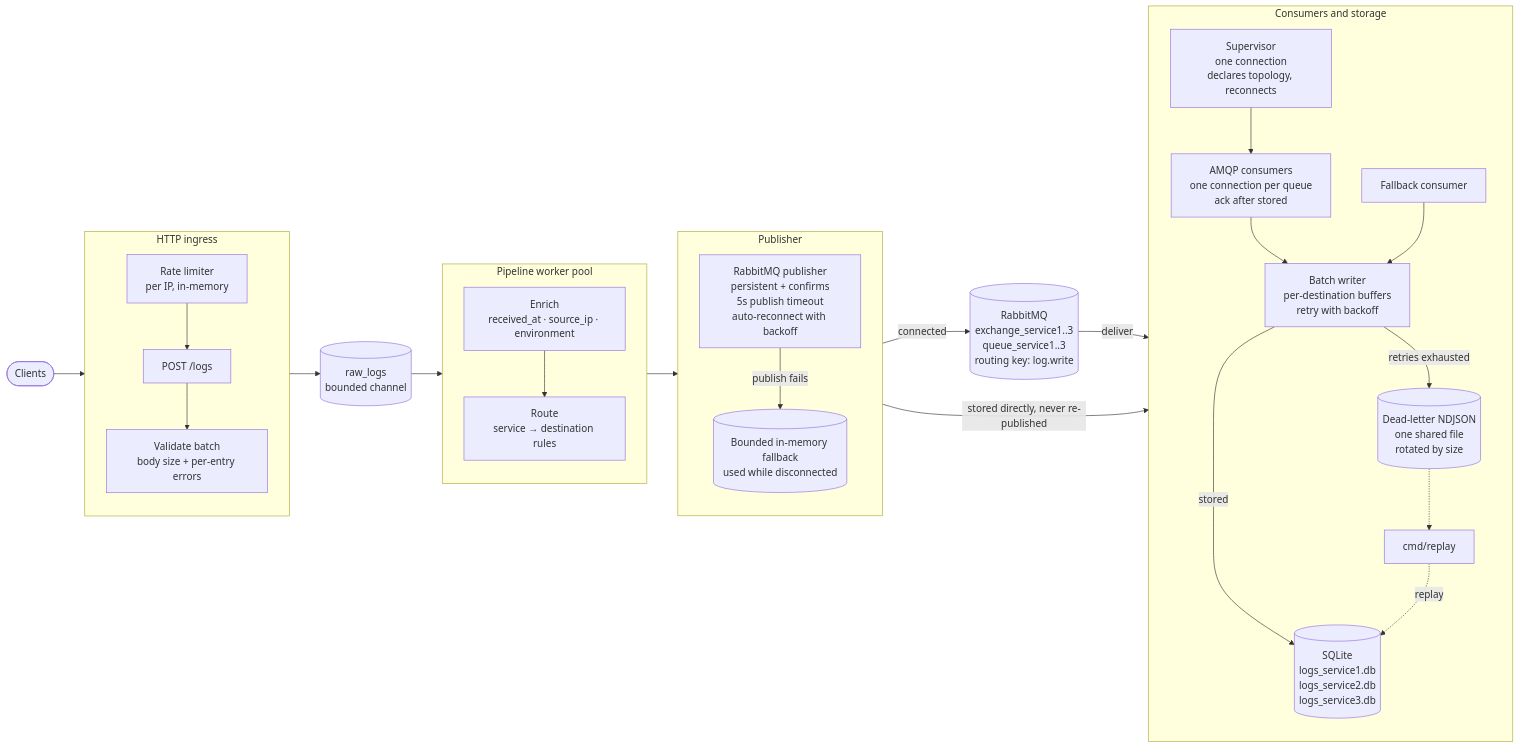
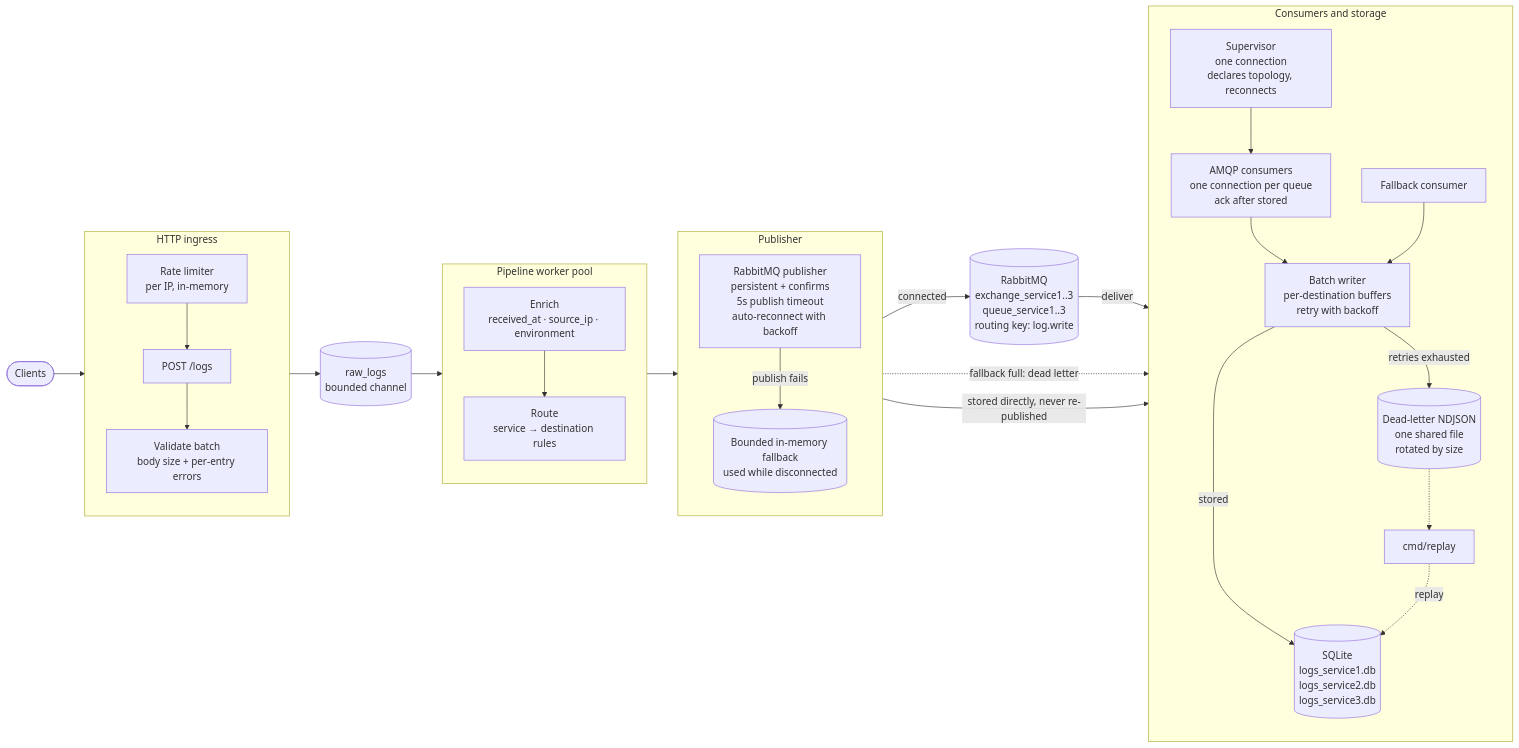
One commit to johneliud/log_ingestion_engine changed the diagram in internal/dashboard/architecture.mmd. Above: the diagram before and after it, drawn with Mermaid.

Commit message:
docs: show the fallback overflow dead-letter path in the architecture diagram.

```diff
--- a/internal/dashboard/architecture.mmd
+++ b/internal/dashboard/architecture.mmd
@@ -1,50 +1,51 @@
 flowchart LR
     client(["Clients"])
 
     subgraph ingress["HTTP ingress"]
         direction TB
         rateLimit["Rate limiter<br/>per IP, in-memory"]
         logsEndpoint["POST /logs"]
         validate["Validate batch<br/>body size + per-entry errors"]
     end
 
     rawQueue[("raw_logs<br/>bounded channel")]
 
     subgraph processing["Pipeline worker pool"]
         direction TB
         enrich["Enrich<br/>received_at · source_ip · environment"]
         route["Route<br/>service → destination rules"]
     end
 
     subgraph publishing["Publisher"]
         direction TB
         rabbitPublisher["RabbitMQ publisher<br/>persistent + confirms<br/>5s publish timeout<br/>auto-reconnect with backoff"]
         fallback[("Bounded in-memory fallback<br/>used while disconnected")]
     end
 
     broker[("RabbitMQ<br/>exchange_service1..3<br/>queue_service1..3<br/>routing key: log.write")]
 
     subgraph delivery["Consumers and storage"]
         direction TB
         supervisor["Supervisor<br/>one connection<br/>declares topology, reconnects"]
         amqpConsumer["AMQP consumers<br/>one connection per queue<br/>ack after stored"]
         fallbackConsumer["Fallback consumer"]
         batchWriter["Batch writer<br/>per-destination buffers<br/>retry with backoff"]
         sqlite[("SQLite<br/>logs_service1.db<br/>logs_service2.db<br/>logs_service3.db")]
         deadLetters[("Dead-letter NDJSON<br/>one shared file<br/>rotated by size")]
         replay["cmd/replay"]
     end
 
     client --> rateLimit --> logsEndpoint --> validate --> rawQueue
     rawQueue --> enrich --> route --> rabbitPublisher
     rabbitPublisher -->|"connected"| broker
     rabbitPublisher -->|"publish fails"| fallback
+    fallback -.->|"fallback full: dead letter"| deadLetters
     broker -->|"deliver"| supervisor
     supervisor --> amqpConsumer
     fallback -->|"stored directly, never re-published"| fallbackConsumer
     amqpConsumer --> batchWriter
     fallbackConsumer --> batchWriter
     batchWriter -->|"stored"| sqlite
     batchWriter -->|"retries exhausted"| deadLetters
     deadLetters -.-> replay
     replay -.->|"replay"| sqlite
```
